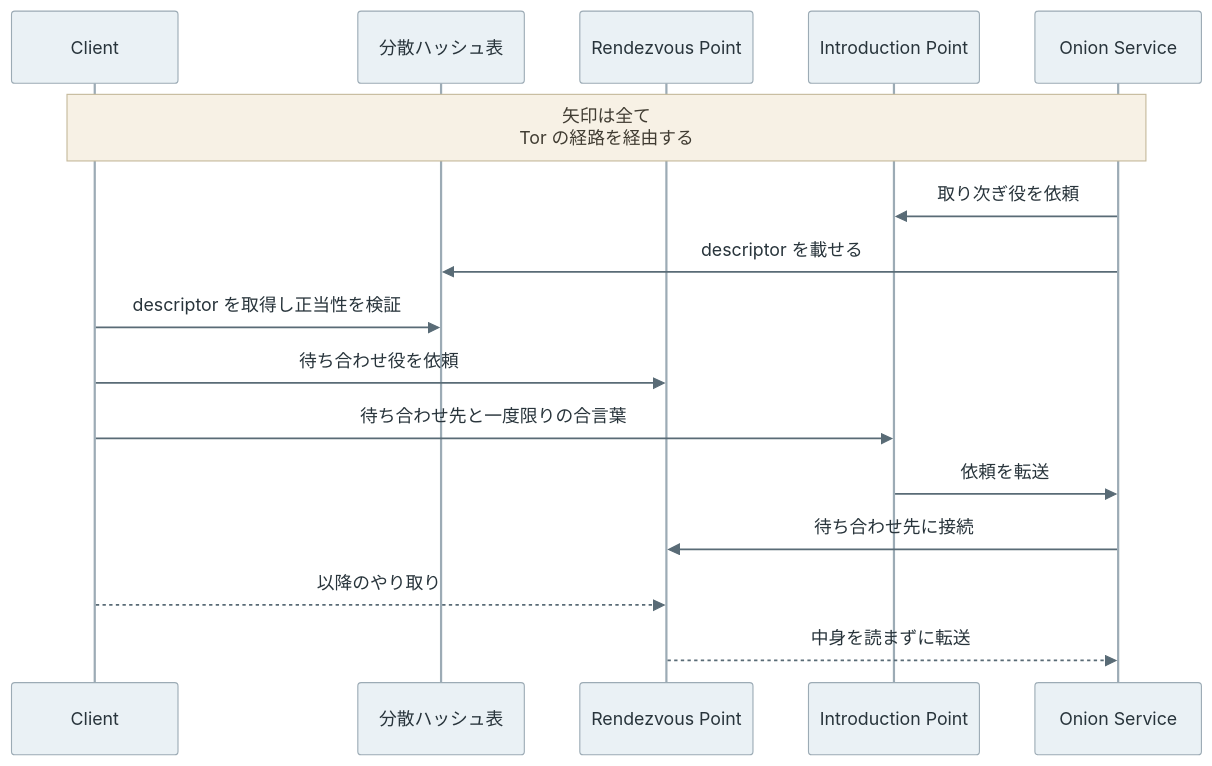
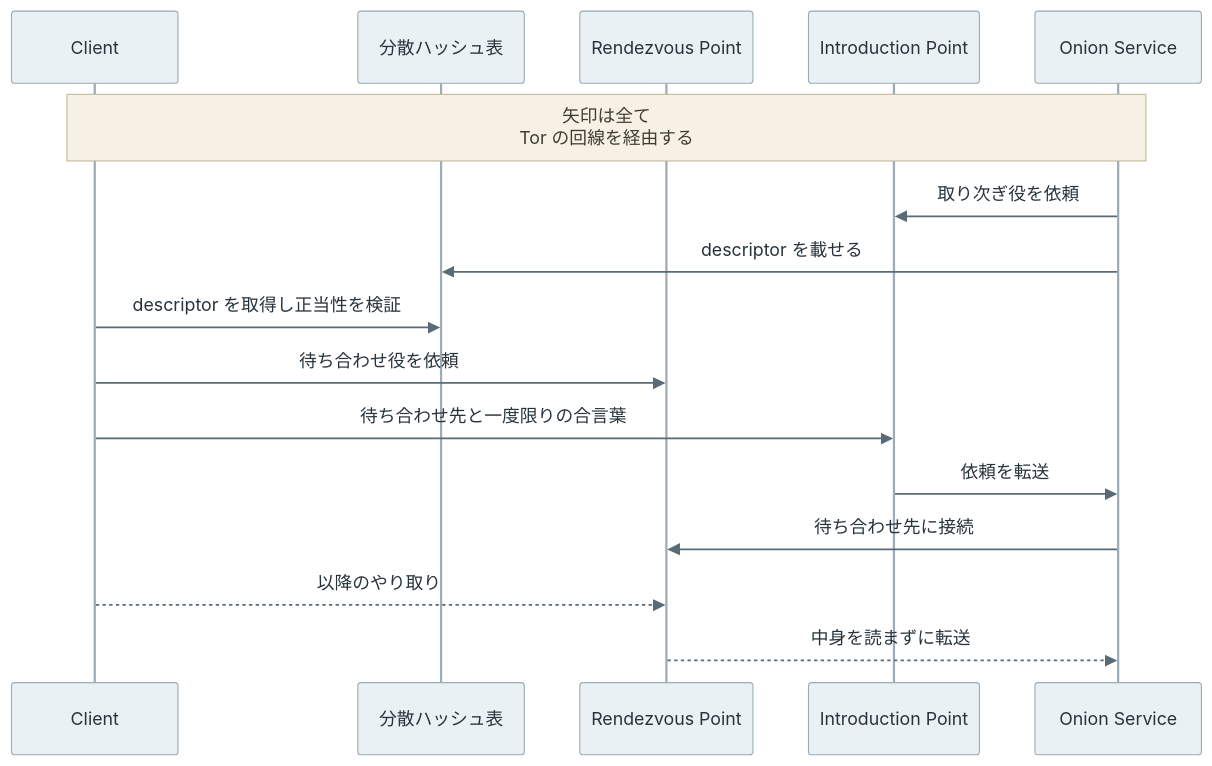
One commit to nao1215/debimate changed the fifth of 7 diagrams in content/notes/security/tor/index.md. Above: the diagram before and after it, drawn with Mermaid. The commit also changed other lines of this file and 27 other files, not shown here.

````diff
--- a/content/notes/security/tor/index.md
+++ b/content/notes/security/tor/index.md
@@ -200,19 +200,19 @@
 ```mermaid
 %%{init: {"theme":"base","themeVariables":{"primaryColor":"#eaf1f5","primaryTextColor":"#28343b","primaryBorderColor":"#9cabb5","lineColor":"#596b76","textColor":"#28343b","actorBkg":"#eaf1f5","actorBorder":"#9cabb5","actorTextColor":"#28343b","actorLineColor":"#9cabb5","signalColor":"#596b76","signalTextColor":"#28343b","noteBkgColor":"#f7f1e5","noteBorderColor":"#c5b99b","noteTextColor":"#403c32","activationBkgColor":"#edf3ef","activationBorderColor":"#9aafa1"}}}%%
 sequenceDiagram
     participant C as Client
     participant D as 分散ハッシュ表
     participant R as Rendezvous Point
     participant I as Introduction Point
     participant S as Onion Service
-    Note over C,S: 矢印は全て<br/>Tor の経路を経由する
+    Note over C,S: 矢印は全て<br/>Tor の回線を経由する
     S->>I: 取り次ぎ役を依頼
     S->>D: descriptor を載せる
     C->>D: descriptor を取得し正当性を検証
     C->>R: 待ち合わせ役を依頼
     C->>I: 待ち合わせ先と一度限りの合言葉
     I->>S: 依頼を転送
     S->>R: 待ち合わせ先に接続
     C-->>R: 以降のやり取り
     R-->>S: 中身を読まずに転送
 ```
````
